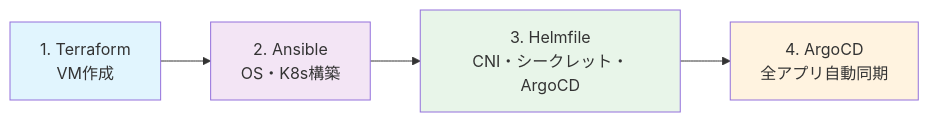
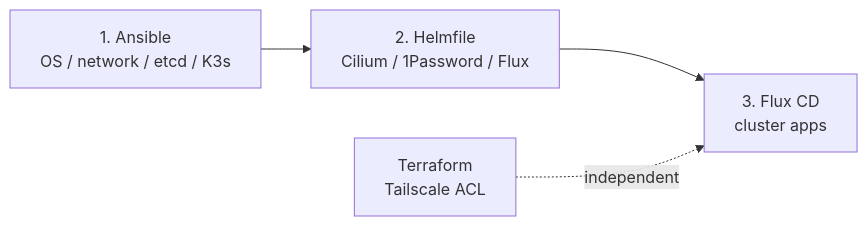
Before and after one commit to Soli0222/pke: the second of 2 diagrams in README.md, drawn with Mermaid. The commit also changed other lines of this file and 440 other files, not shown here.

````diff
--- a/README.md
+++ b/README.md
@@ -67,11 +45,6 @@
 ```mermaid
 flowchart LR
-    A["1. Terraform<br/>VM作成"] --> B["2. Ansible<br/>OS・K8s構築"]
-    B --> C["3. Helmfile<br/>CNI・シークレット・ArgoCD"]
-    C --> D["4. ArgoCD<br/>全アプリ自動同期"]
-
-    style A fill:#e1f5fe
-    style B fill:#f3e5f5
-    style C fill:#e8f5e9
-    style D fill:#fff3e0
+    A["1. Ansible<br/>OS / network / etcd / K3s"] --> B["2. Helmfile<br/>Cilium / 1Password / Flux"]
+    B --> C["3. Flux CD<br/>cluster apps"]
+    D["Terraform<br/>Tailscale ACL"] -. independent .-> C
 ```
````
